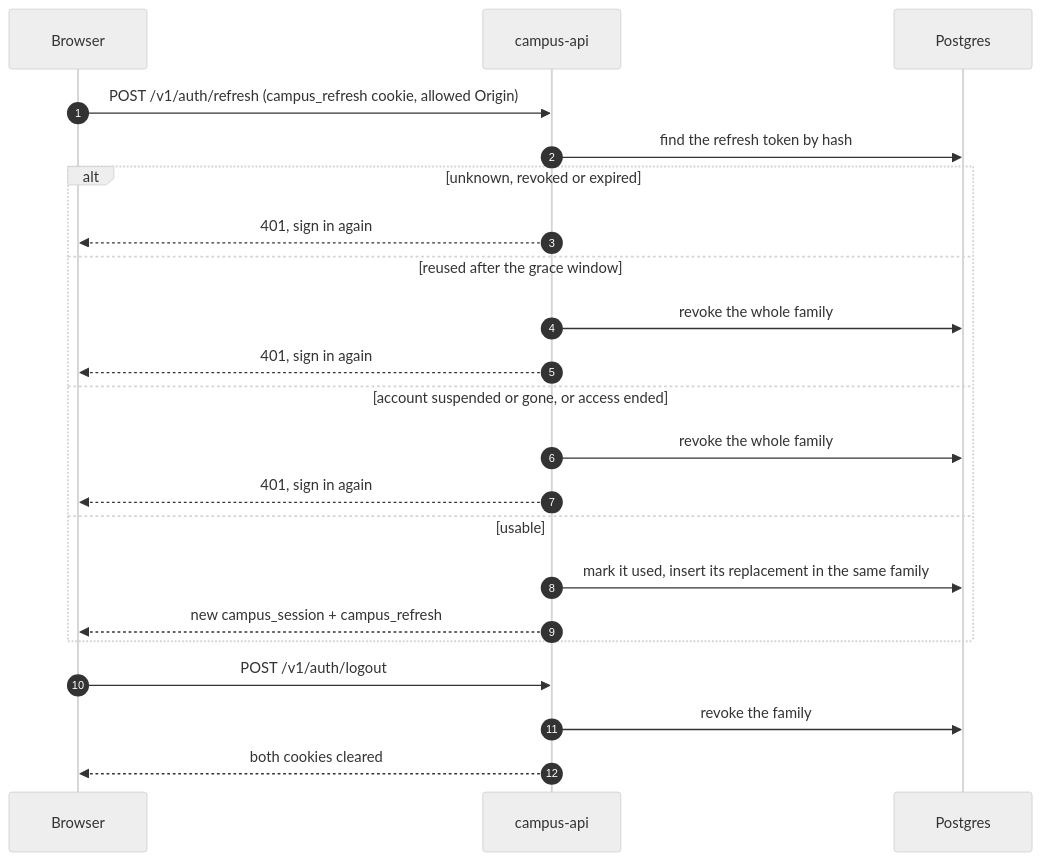
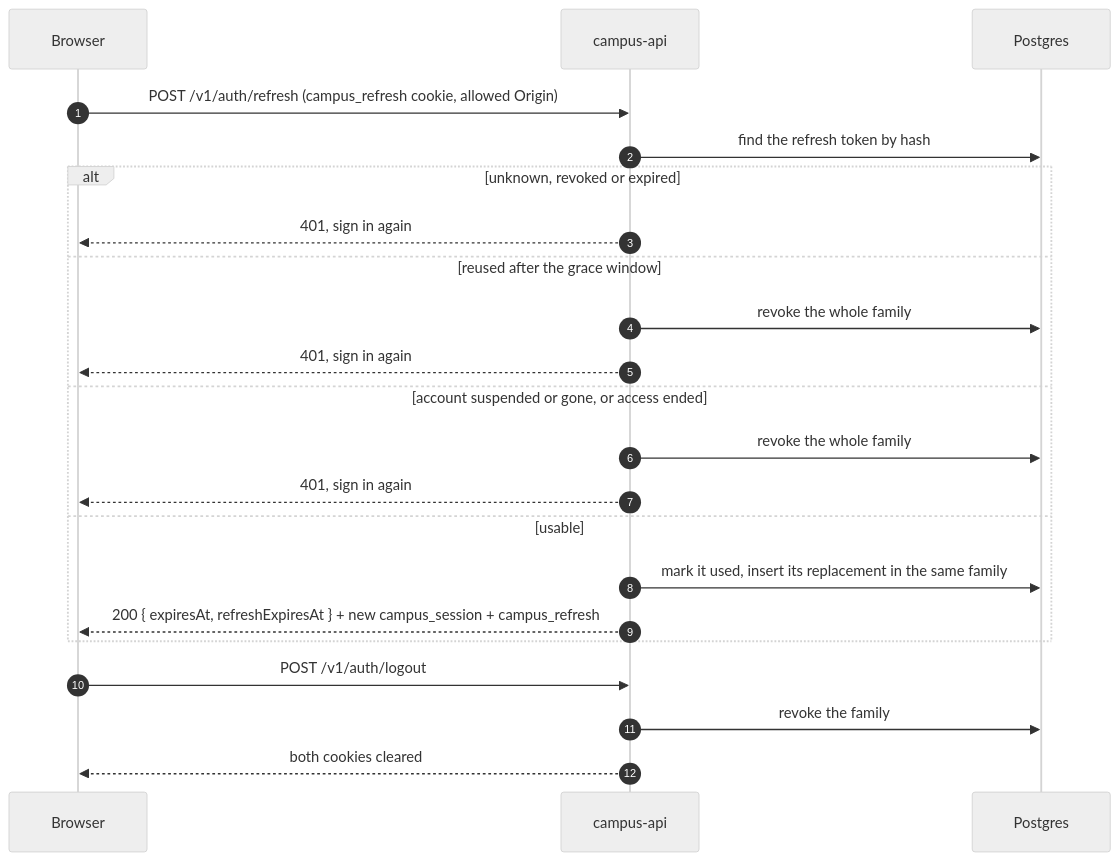
The fifth of 5 diagrams in docs/auth-flow.md (Risevestacademy/campus-server), drawn with Mermaid (neutral theme) before and after one commit. The commit also changed other lines of this file and 6 other files, not shown here.

First line of the commit message:
docs: document the sign-in flow the web app builds against

````diff
--- a/docs/auth-flow.md
+++ b/docs/auth-flow.md
@@ -177,26 +203,26 @@
 ```mermaid
 sequenceDiagram
     autonumber
     participant B as Browser
     participant A as campus-api
     participant DB as Postgres
 
     B->>A: POST /v1/auth/refresh (campus_refresh cookie, allowed Origin)
     A->>DB: find the refresh token by hash
     alt unknown, revoked or expired
         A-->>B: 401, sign in again
     else reused after the grace window
         A->>DB: revoke the whole family
         A-->>B: 401, sign in again
     else account suspended or gone, or access ended
         A->>DB: revoke the whole family
         A-->>B: 401, sign in again
     else usable
         A->>DB: mark it used, insert its replacement in the same family
-        A-->>B: new campus_session + campus_refresh
+        A-->>B: 200 { expiresAt, refreshExpiresAt } + new campus_session + campus_refresh
     end
 
     B->>A: POST /v1/auth/logout
     A->>DB: revoke the family
     A-->>B: both cookies cleared
 ```
````
